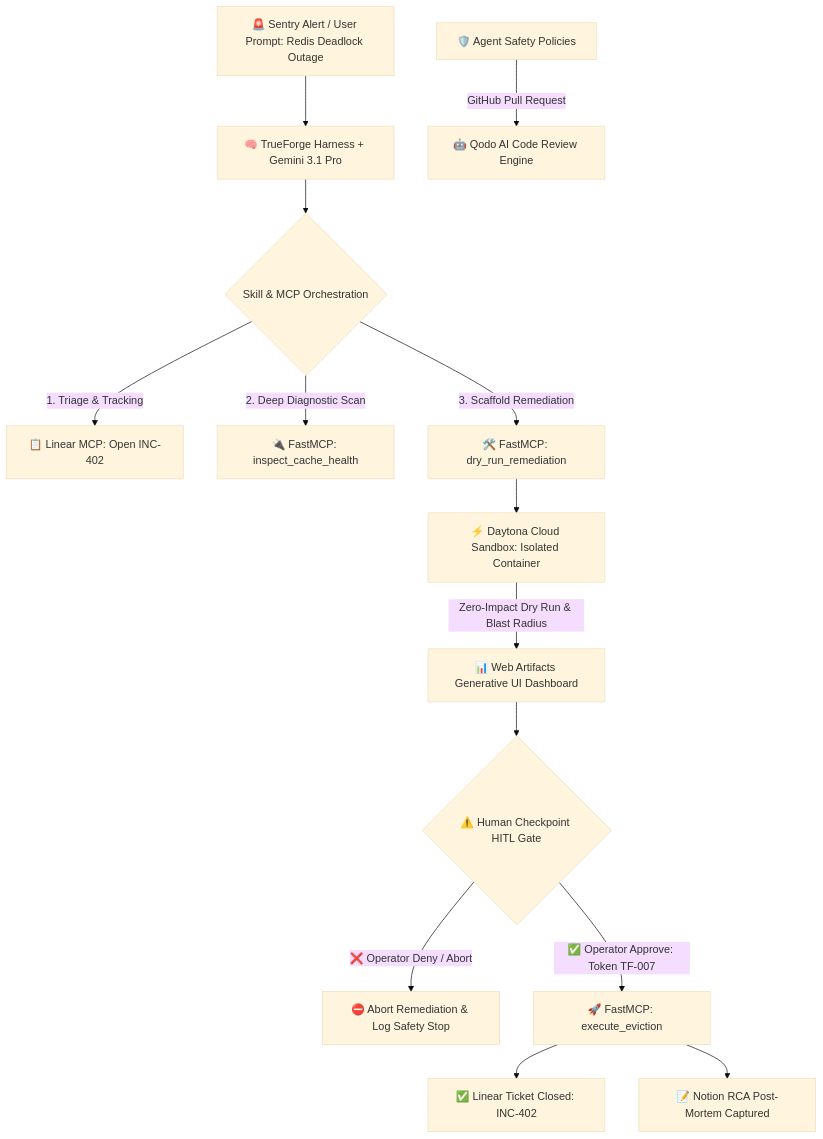
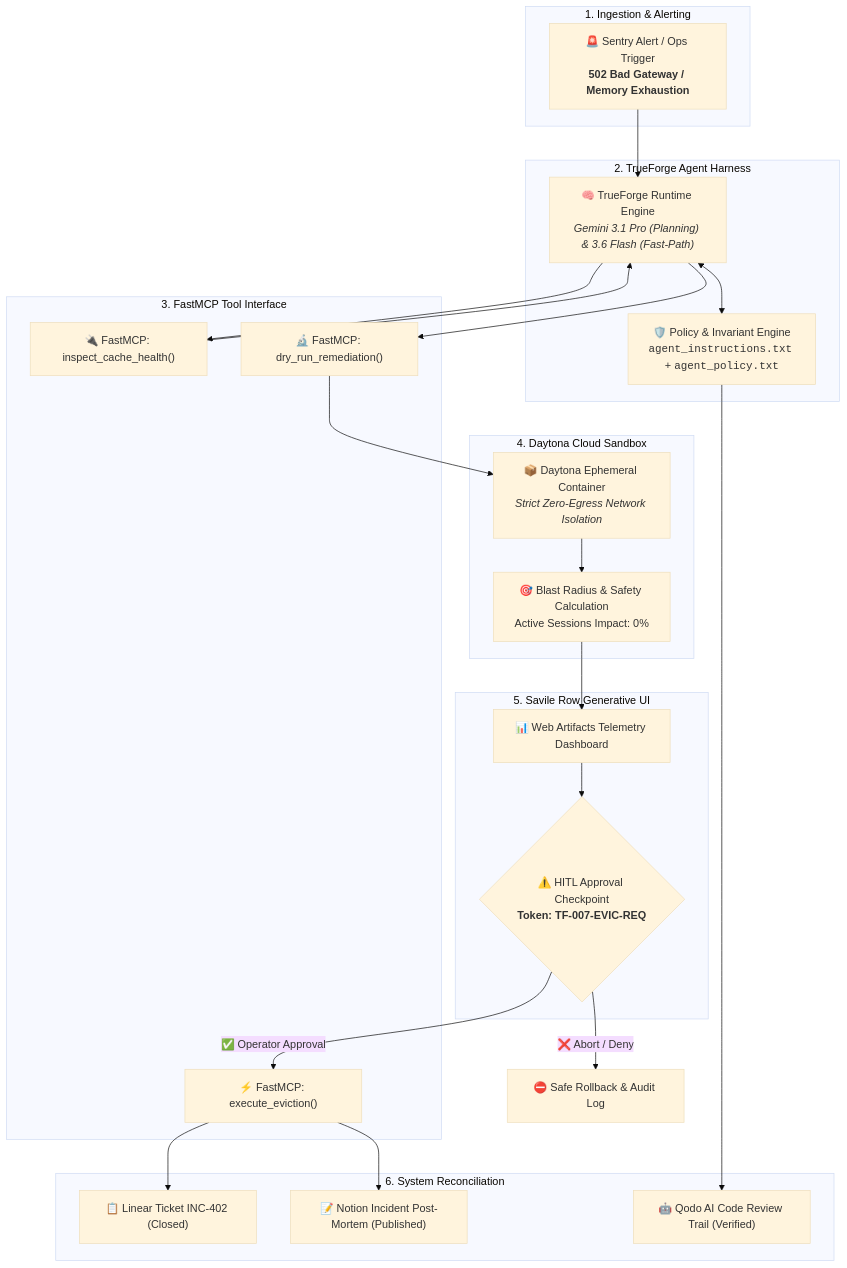
One commit to Anurag-tech22/bomb-squad-agent changed the first of 2 diagrams in README.md. Above: the diagram before and after it, drawn with Mermaid (base theme). The commit also changed other lines of this file and 8 other files, not shown here.

Commit message:
docs & infra: elevate repository to tier-1 enterprise standards (docker, ci/cd, benchmarks, citation, zero-trust invariants)

````diff
--- a/README.md
+++ b/README.md
@@ -29,22 +44,50 @@
 ```mermaid
-graph TD
-    A[🚨 Sentry Alert / User Prompt: Redis Deadlock Outage] --> B[🧠 TrueForge Harness + Gemini 3.1 Pro]
-    B --> C{Skill & MCP Orchestration}
-    
-    C -->|1. Triage & Tracking| D[📋 Linear MCP: Open INC-402]
-    C -->|2. Deep Diagnostic Scan| E[🔌 FastMCP: inspect_cache_health]
-    C -->|3. Scaffold Remediation| F[🛠️ FastMCP: dry_run_remediation]
-    
-    F --> G[⚡ Daytona Cloud Sandbox: Isolated Container]
-    G -->|Zero-Impact Dry Run & Blast Radius| H[📊 Web Artifacts Generative UI Dashboard]
-    
-    H --> I{⚠️ Human Checkpoint HITL Gate}
-    
-    I -->|❌ Operator Deny / Abort| J[⛔ Abort Remediation & Log Safety Stop]
-    I -->|✅ Operator Approve: Token TF-007| K[🚀 FastMCP: execute_eviction]
-    
-    K --> L[✅ Linear Ticket Closed: INC-402]
-    K --> M[📝 Notion RCA Post-Mortem Captured]
-    
-    N[🛡️ Agent Safety Policies] -->|GitHub Pull Request| O[🤖 Qodo AI Code Review Engine]
+graph TB
+    subgraph ObservabilityLayer["1. Ingestion & Alerting"]
+        Alert["🚨 Sentry Alert / Ops Trigger<br/><b>502 Bad Gateway / Memory Exhaustion</b>"]
+    end
+
+    subgraph AgentRuntime["2. TrueForge Agent Harness"]
+        Engine["🧠 TrueForge Runtime Engine<br/><i>Gemini 3.1 Pro (Planning) & 3.6 Flash (Fast-Path)</i>"]
+        PolicyEngine["🛡️ Policy & Invariant Engine<br/><code>agent_instructions.txt</code> + <code>agent_policy.txt</code>"]
+        Engine <--> PolicyEngine
+    end
+
+    subgraph ToolRegistry["3. FastMCP Tool Interface"]
+        MCP_Diag["🔌 FastMCP: inspect_cache_health()"]
+        MCP_DryRun["🔬 FastMCP: dry_run_remediation()"]
+        MCP_Evict["⚡ FastMCP: execute_eviction()"]
+    end
+
+    subgraph IsolatedExecution["4. Daytona Cloud Sandbox"]
+        Sandbox["📦 Daytona Ephemeral Container<br/><i>Strict Zero-Egress Network Isolation</i>"]
+        BlastRadius["🎯 Blast Radius & Safety Calculation<br/>Active Sessions Impact: 0%"]
+    end
+
+    subgraph HITLInterface["5. Savile Row Generative UI"]
+        Dashboard["📊 Web Artifacts Telemetry Dashboard"]
+        HumanGate{"⚠️ HITL Approval Checkpoint<br/><b>Token: TF-007-EVIC-REQ</b>"}
+    end
+
+    subgraph EnterpriseAudit["6. System Reconciliation"]
+        Linear["📋 Linear Ticket INC-402 (Closed)"]
+        Notion["📝 Notion Incident Post-Mortem (Published)"]
+        QodoAudit["🤖 Qodo AI Code Review Trail (Verified)"]
+    end
+
+    Alert --> Engine
+    Engine --> MCP_Diag
+    MCP_Diag --> Engine
+    Engine --> MCP_DryRun
+    MCP_DryRun --> Sandbox
+    Sandbox --> BlastRadius
+    BlastRadius --> Dashboard
+    Dashboard --> HumanGate
+
+    HumanGate -->|❌ Abort / Deny| AbortNode["⛔ Safe Rollback & Audit Log"]
+    HumanGate -->|✅ Operator Approval| MCP_Evict
+
+    MCP_Evict --> Linear
+    MCP_Evict --> Notion
+    PolicyEngine --> QodoAudit
 ```
````
